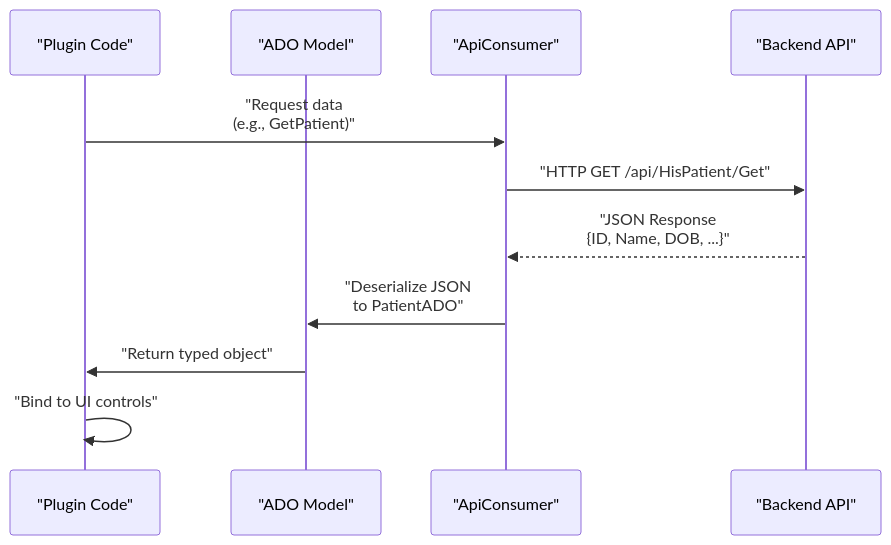
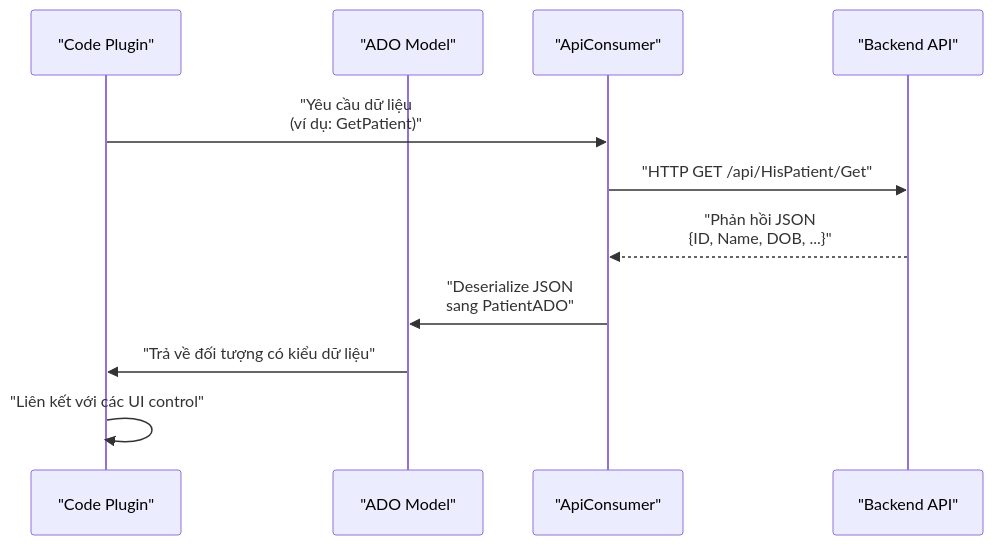
Before and after one commit to thangpnb/HIS: diagram 12 of 14 in docs/his-ba-documentation/04-integrations/helper-plugins.md, drawn with Mermaid. The commit also changed other lines of this file and 30 other files, not shown here.

Commit message:
Refactor architecture docs and update translations

````diff
--- a/docs/his-ba-documentation/04-integrations/helper-plugins.md
+++ b/docs/his-ba-documentation/04-integrations/helper-plugins.md
@@ -706,14 +701,14 @@
 ```mermaid
 sequenceDiagram
-    participant Plugin as "Plugin Code"
+    participant Plugin as "Code Plugin"
     participant ADO as "ADO Model"
     participant Consumer as "ApiConsumer"
     participant API as "Backend API"
     
-    Plugin->>Consumer: "Request data<br/>(e.g., GetPatient)"
+    Plugin->>Consumer: "Yêu cầu dữ liệu<br/>(ví dụ: GetPatient)"
     Consumer->>API: "HTTP GET /api/HisPatient/Get"
-    API-->>Consumer: "JSON Response<br/>{ID, Name, DOB, ...}"
-    Consumer->>ADO: "Deserialize JSON<br/>to PatientADO"
-    ADO->>Plugin: "Return typed object"
-    Plugin->>Plugin: "Bind to UI controls"
+    API-->>Consumer: "Phản hồi JSON<br/>{ID, Name, DOB, ...}"
+    Consumer->>ADO: "Deserialize JSON<br/>sang PatientADO"
+    ADO->>Plugin: "Trả về đối tượng có kiểu dữ liệu"
+    Plugin->>Plugin: "Liên kết với các UI control"
 ```
````
